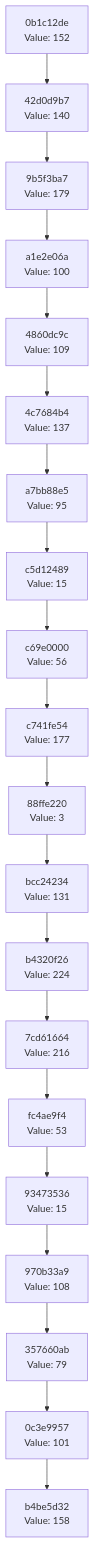
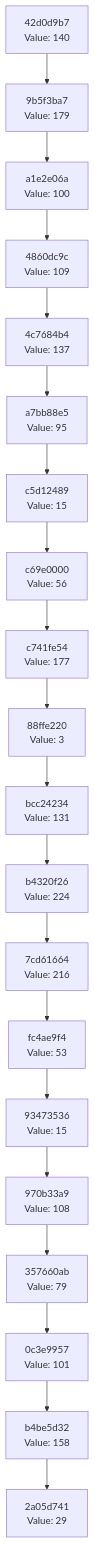
Before and after one commit to Abhisheksinha1506/hash-chain-evolver: the diagram in docs/CHAIN_VISUALIZATION.md, drawn with Mermaid. The commit also changed 2 other files, not shown here.

Commit message:
Evolution Step

````diff
--- a/docs/CHAIN_VISUALIZATION.md
+++ b/docs/CHAIN_VISUALIZATION.md
@@ -3,42 +3,42 @@
 ```mermaid
 graph TD
-    C0["b4be5d32<br/>Value: 158"]
-    C1["0c3e9957<br/>Value: 101"]
+    C0["2a05d741<br/>Value: 29"]
+    C1["b4be5d32<br/>Value: 158"]
     C1 --> C0
-    C2["357660ab<br/>Value: 79"]
+    C2["0c3e9957<br/>Value: 101"]
     C2 --> C1
-    C3["970b33a9<br/>Value: 108"]
+    C3["357660ab<br/>Value: 79"]
     C3 --> C2
-    C4["93473536<br/>Value: 15"]
+    C4["970b33a9<br/>Value: 108"]
     C4 --> C3
-    C5["fc4ae9f4<br/>Value: 53"]
+    C5["93473536<br/>Value: 15"]
     C5 --> C4
-    C6["7cd61664<br/>Value: 216"]
+    C6["fc4ae9f4<br/>Value: 53"]
     C6 --> C5
-    C7["b4320f26<br/>Value: 224"]
+    C7["7cd61664<br/>Value: 216"]
     C7 --> C6
-    C8["bcc24234<br/>Value: 131"]
+    C8["b4320f26<br/>Value: 224"]
     C8 --> C7
-    C9["88ffe220<br/>Value: 3"]
+    C9["bcc24234<br/>Value: 131"]
     C9 --> C8
-    C10["c741fe54<br/>Value: 177"]
+    C10["88ffe220<br/>Value: 3"]
     C10 --> C9
-    C11["c69e0000<br/>Value: 56"]
+    C11["c741fe54<br/>Value: 177"]
     C11 --> C10
-    C12["c5d12489<br/>Value: 15"]
+    C12["c69e0000<br/>Value: 56"]
     C12 --> C11
-    C13["a7bb88e5<br/>Value: 95"]
+    C13["c5d12489<br/>Value: 15"]
     C13 --> C12
-    C14["4c7684b4<br/>Value: 137"]
+    C14["a7bb88e5<br/>Value: 95"]
     C14 --> C13
-    C15["4860dc9c<br/>Value: 109"]
+    C15["4c7684b4<br/>Value: 137"]
     C15 --> C14
-    C16["a1e2e06a<br/>Value: 100"]
+    C16["4860dc9c<br/>Value: 109"]
     C16 --> C15
-    C17["9b5f3ba7<br/>Value: 179"]
+    C17["a1e2e06a<br/>Value: 100"]
     C17 --> C16
-    C18["42d0d9b7<br/>Value: 140"]
+    C18["9b5f3ba7<br/>Value: 179"]
     C18 --> C17
-    C19["0b1c12de<br/>Value: 152"]
+    C19["42d0d9b7<br/>Value: 140"]
     C19 --> C18
 ```
````
